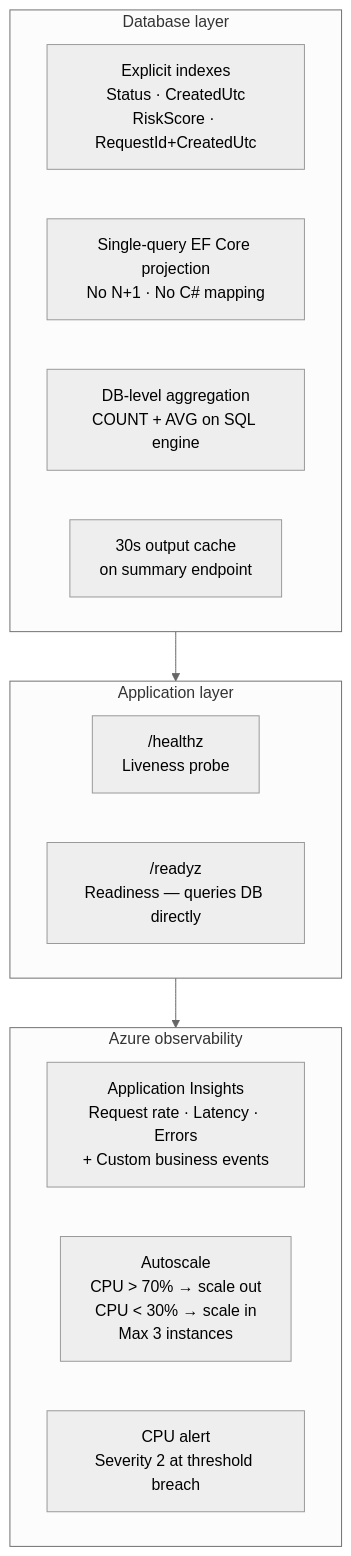
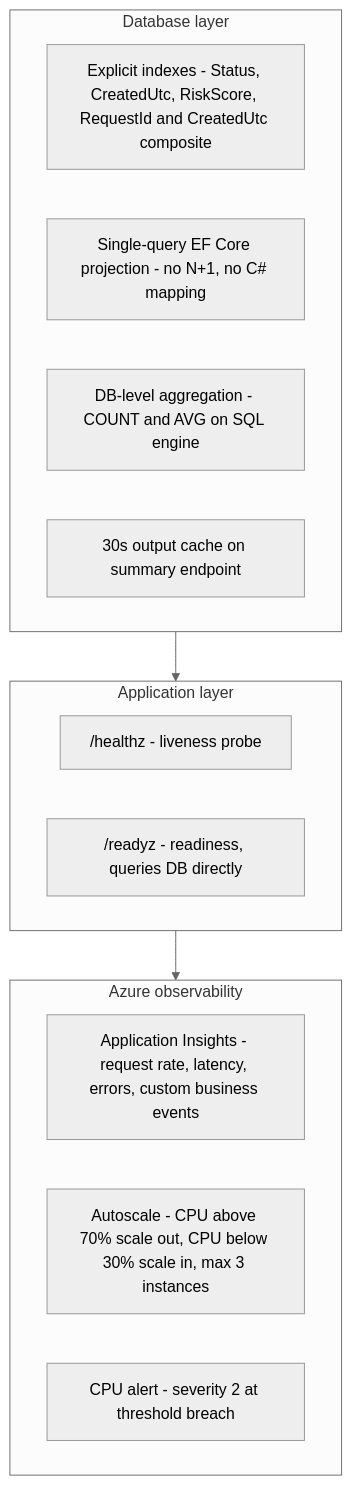
Before and after one commit to Jugcmd/CloudSec: the fourth of 5 diagrams in docs/presentation-diagrams.md, drawn with Mermaid (neutral theme). The commit also changed other lines of this file, not shown here.

Commit message:
fix: remove incompatible Mermaid syntax - emoji, arrows, special chars, quoted subgraphs

````diff
--- a/docs/presentation-diagrams.md
+++ b/docs/presentation-diagrams.md
@@ -112,22 +112,22 @@
 ```mermaid
 flowchart TB
-    subgraph DB_LAYER ["Database layer"]
-        IDX["Explicit indexes\nStatus · CreatedUtc\nRiskScore · RequestId+CreatedUtc"]
-        PROJ["Single-query EF Core projection\nNo N+1 · No C# mapping"]
-        AGG["DB-level aggregation\nCOUNT + AVG on SQL engine"]
-        CACHE["30s output cache\non summary endpoint"]
+    subgraph DB_LAYER [Database layer]
+        IDX["Explicit indexes - Status, CreatedUtc, RiskScore, RequestId and CreatedUtc composite"]
+        PROJ["Single-query EF Core projection - no N+1, no C# mapping"]
+        AGG["DB-level aggregation - COUNT and AVG on SQL engine"]
+        CACHE["30s output cache on summary endpoint"]
     end
 
-    subgraph APP_LAYER ["Application layer"]
-        HZ["/healthz\nLiveness probe"]
-        RDY["/readyz\nReadiness — queries DB directly"]
+    subgraph APP_LAYER [Application layer]
+        HZ["/healthz - liveness probe"]
+        RDY["/readyz - readiness, queries DB directly"]
     end
 
-    subgraph AZURE_OBS ["Azure observability"]
-        AI["Application Insights\nRequest rate · Latency · Errors\n+ Custom business events"]
-        AS["Autoscale\nCPU > 70% → scale out\nCPU < 30% → scale in\nMax 3 instances"]
-        ALT["CPU alert\nSeverity 2 at threshold breach"]
+    subgraph AZURE_OBS [Azure observability]
+        AI["Application Insights - request rate, latency, errors, custom business events"]
+        AS["Autoscale - CPU above 70% scale out, CPU below 30% scale in, max 3 instances"]
+        ALT["CPU alert - severity 2 at threshold breach"]
     end
 
     DB_LAYER --> APP_LAYER --> AZURE_OBS
 ```
````
